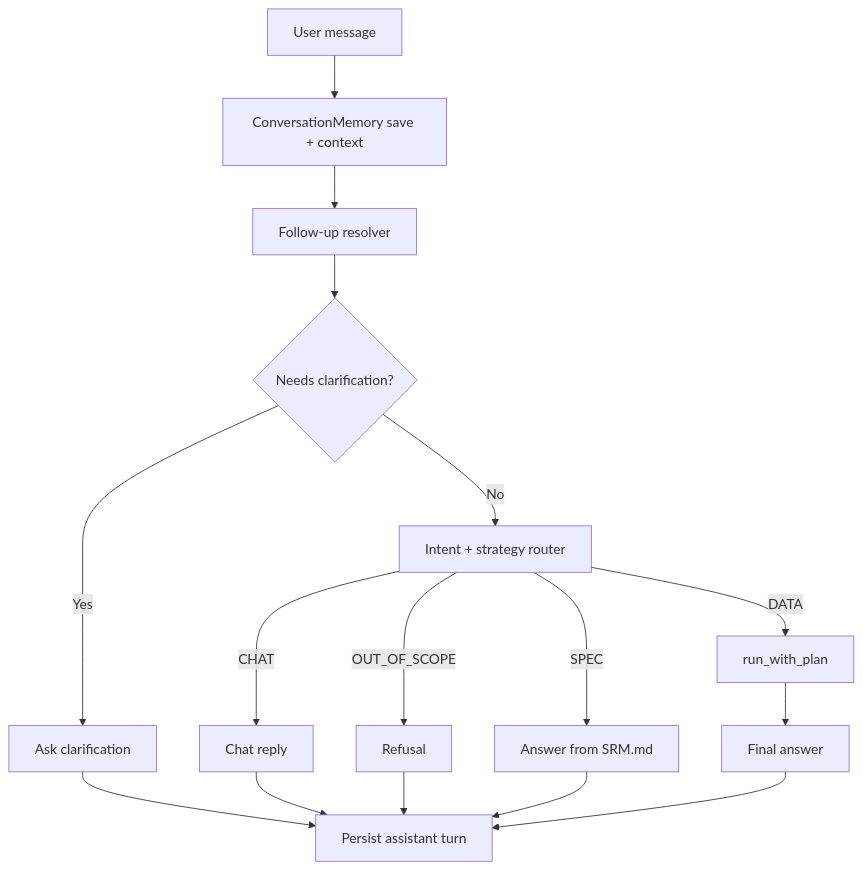
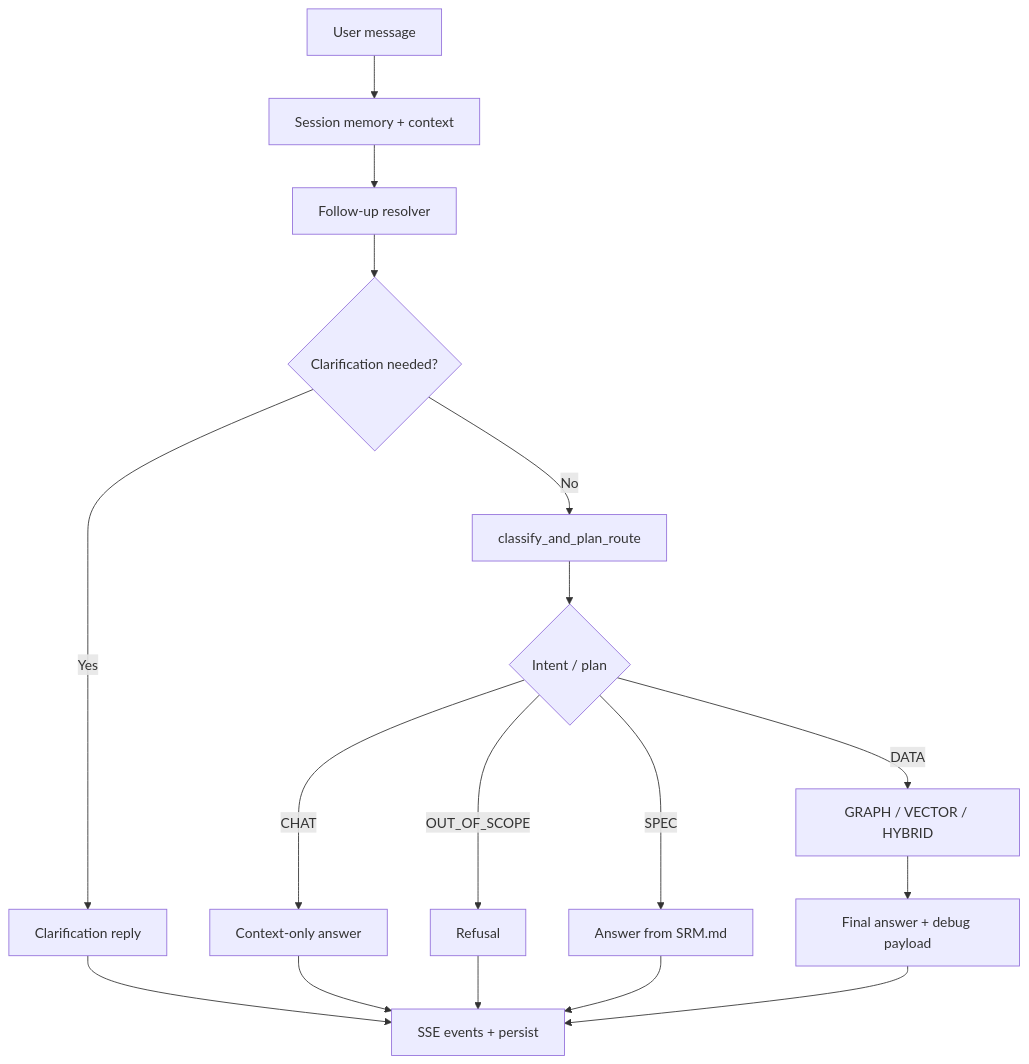
Before and after one commit to SEMICeu/EU-wide-Registry-of-Semantic-Models: the second of 3 diagrams in SR-dev/app/chatbot/README.md, drawn with Mermaid. The commit also changed other lines of this file, not shown here.

````diff
--- a/SR-dev/app/chatbot/README.md
+++ b/SR-dev/app/chatbot/README.md
@@ -32,18 +155,19 @@
 ```mermaid
 flowchart TD
-    U[User message] --> M[ConversationMemory save + context]
-    M --> R[Follow-up resolver]
-    R --> C{Needs clarification?}
-    C -->|Yes| Q[Ask clarification]
-    C -->|No| IR[Intent + strategy router]
-    IR -->|CHAT| CH[Chat reply]
-    IR -->|OUT_OF_SCOPE| O[Refusal]
-    IR -->|SPEC| S[Answer from SRM.md]
-    IR -->|DATA| X[run_with_plan]
-    X --> F[Final answer]
-    CH --> P[Persist assistant turn]
-    O --> P
-    S --> P
-    Q --> P
-    F --> P
+  U[User message] --> M[Session memory + context]
+  M --> R[Follow-up resolver]
+  R --> C{Clarification needed?}
+  C -->|Yes| Q[Clarification reply]
+  C -->|No| P[classify_and_plan_route]
+  P --> I{Intent / plan}
+  I -->|CHAT| CH[Context-only answer]
+  I -->|OUT_OF_SCOPE| O[Refusal]
+  I -->|SPEC| SP[Answer from SRM.md]
+  I -->|DATA| X[GRAPH / VECTOR / HYBRID]
+  X --> F[Final answer + debug payload]
+  CH --> E[SSE events + persist]
+  O --> E
+  SP --> E
+  Q --> E
+  F --> E
 ```
````
